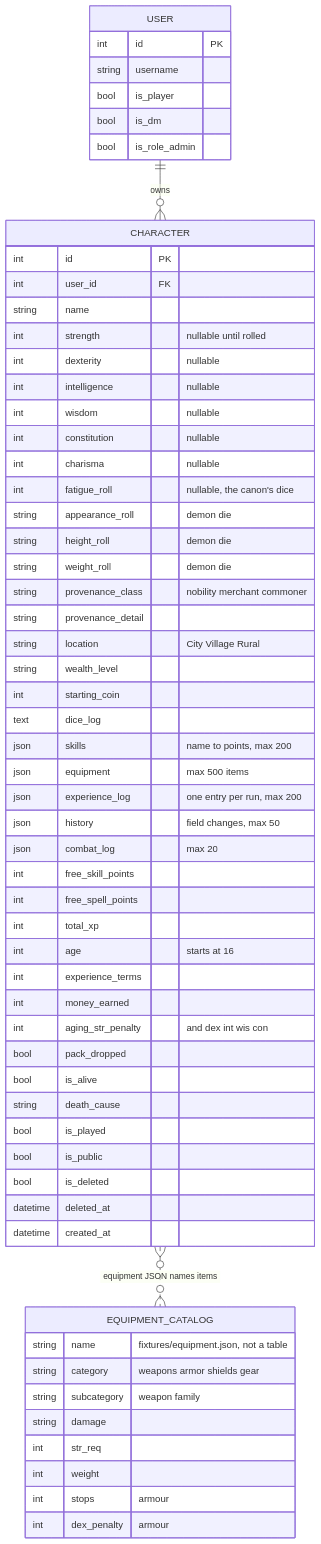
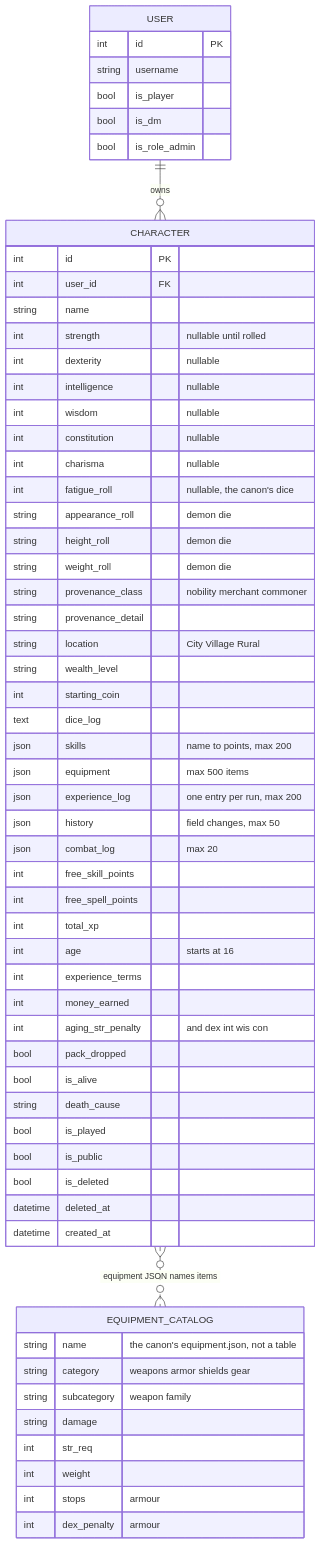
One commit to smarks/tarmar-studio changed the eighth of 18 diagrams in docs/architecture.md. Above: the diagram before and after it, drawn with Mermaid. The commit also changed other lines of this file and 24 other files, not shown here.

First line of the commit message:
Seat the equipment catalog on the loaded canon and delete the fixture (#75)

````diff
--- a/docs/architecture.md
+++ b/docs/architecture.md
@@ -681,63 +694,63 @@
 ```mermaid
 erDiagram
     USER ||--o{ CHARACTER : owns
     USER {
         int id PK
         string username
         bool is_player
         bool is_dm
         bool is_role_admin
     }
     CHARACTER {
         int id PK
         int user_id FK
         string name
         int strength "nullable until rolled"
         int dexterity "nullable"
         int intelligence "nullable"
         int wisdom "nullable"
         int constitution "nullable"
         int charisma "nullable"
         int fatigue_roll "nullable, the canon's dice"
         string appearance_roll "demon die"
         string height_roll "demon die"
         string weight_roll "demon die"
         string provenance_class "nobility merchant commoner"
         string provenance_detail
         string location "City Village Rural"
         string wealth_level
         int starting_coin
         text dice_log
         json skills "name to points, max 200"
         json equipment "max 500 items"
         json experience_log "one entry per run, max 200"
         json history "field changes, max 50"
         json combat_log "max 20"
         int free_skill_points
         int free_spell_points
         int total_xp
         int age "starts at 16"
         int experience_terms
         int money_earned
         int aging_str_penalty "and dex int wis con"
         bool pack_dropped
         bool is_alive
         string death_cause
         bool is_played
         bool is_public
         bool is_deleted
         datetime deleted_at
         datetime created_at
     }
     EQUIPMENT_CATALOG {
-        string name "fixtures/equipment.json, not a table"
+        string name "the canon's equipment.json, not a table"
         string category "weapons armor shields gear"
         string subcategory "weapon family"
         string damage
         int str_req
         int weight
         int stops "armour"
         int dex_penalty "armour"
     }
     CHARACTER }o..o{ EQUIPMENT_CATALOG : "equipment JSON names items"
 ```
````
